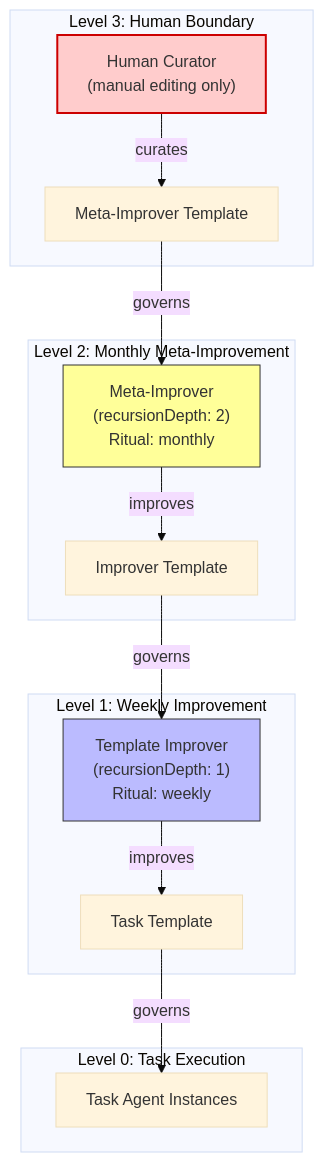
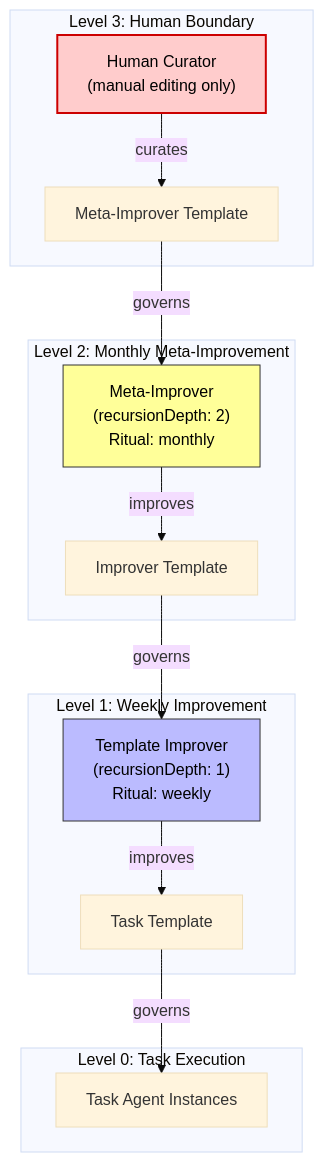
One commit to matthiasn/lotti changed the diagram in docs/adr/0012-recursive-self-improvement-depth-policy.md. Above: the diagram before and after it, drawn with Mermaid (base theme). The commit also changed other lines of this file and 2 other files, not shown here.

Commit message:
refactor: address review comments

````diff
--- a/docs/adr/0012-recursive-self-improvement-depth-policy.md
+++ b/docs/adr/0012-recursive-self-improvement-depth-policy.md
@@ -46,28 +46,28 @@
 ```mermaid
 flowchart TD
     subgraph "Level 0: Task Execution"
         TA["Task Agent Instances"]
     end
 
     subgraph "Level 1: Weekly Improvement"
         L1["Template Improver\n(recursionDepth: 1)\nRitual: weekly"]
         L1 -->|"improves"| TT["Task Template"]
         TT -->|"governs"| TA
     end
 
     subgraph "Level 2: Monthly Meta-Improvement"
         L2["Meta-Improver\n(recursionDepth: 2)\nRitual: monthly"]
         L2 -->|"improves"| IT["Improver Template"]
         IT -->|"governs"| L1
     end
 
     subgraph "Level 3: Human Boundary"
         HUMAN["Human Curator\n(manual editing only)"]
         HUMAN -->|"curates"| MT["Meta-Improver Template"]
         MT -->|"governs"| L2
     end
 
-    style HUMAN fill:#fcc,stroke:#c00,stroke-width:2px
-    style L1 fill:#bbf,stroke:#333
-    style L2 fill:#ff9,stroke:#333
+    style HUMAN fill:#fcc,stroke:#c00,stroke-width:2px,color:#000
+    style L1 fill:#bbf,stroke:#333,color:#000
+    style L2 fill:#ff9,stroke:#333,color:#000
 ```
````
